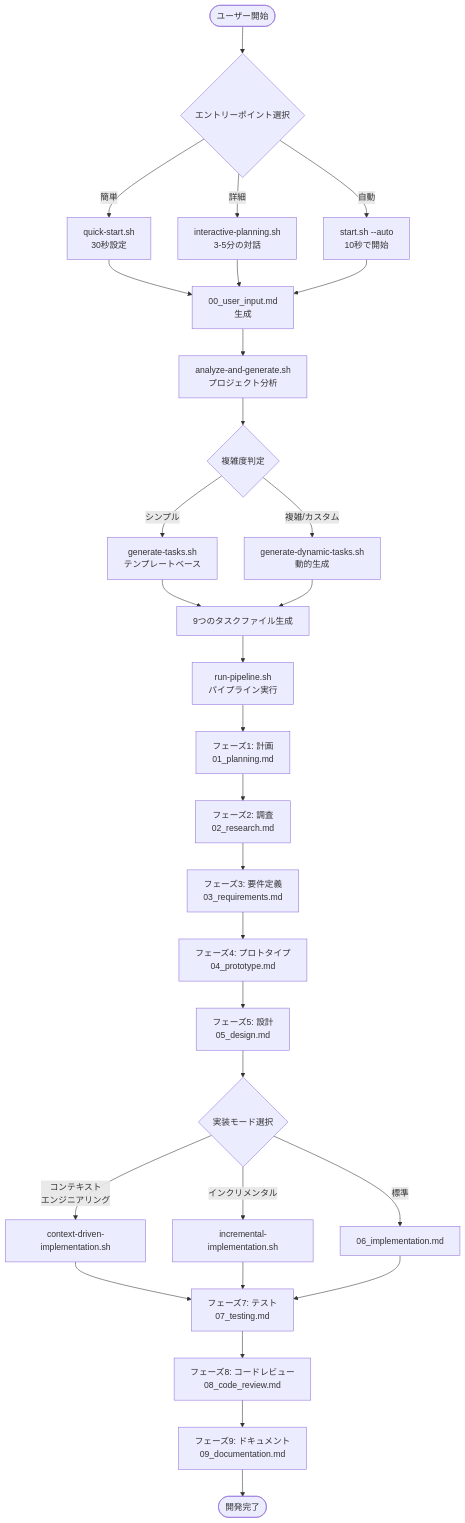
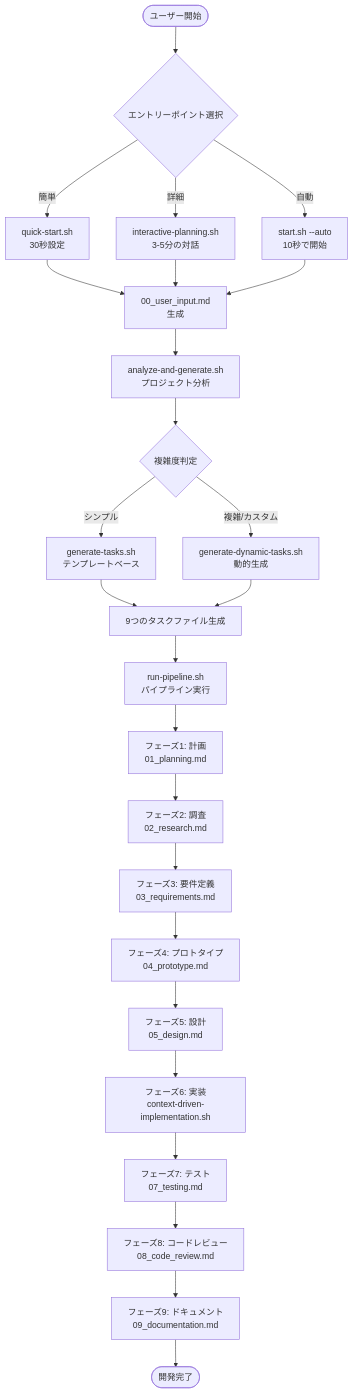
The diagram in docs/DEVELOPMENT-FLOW.md (wanta-s/ClaudeFlow), drawn with Mermaid before and after one commit. The commit also changed other lines of this file and 9 other files, not shown here.

First line of the commit message:
Simplify implementation phase to use only Context Engineering mode (v2.6.0)

````diff
--- a/docs/DEVELOPMENT-FLOW.md
+++ b/docs/DEVELOPMENT-FLOW.md
@@ -5,42 +5,35 @@
 ```mermaid
 graph TD
     Start([ユーザー開始]) --> Entry{エントリーポイント選択}
     
     Entry -->|簡単| QuickStart[quick-start.sh<br/>30秒設定]
     Entry -->|詳細| Interactive[interactive-planning.sh<br/>3-5分の対話]
     Entry -->|自動| Auto[start.sh --auto<br/>10秒で開始]
     
     QuickStart --> UserInput[00_user_input.md<br/>生成]
     Interactive --> UserInput
     Auto --> UserInput
     
     UserInput --> Analyze[analyze-and-generate.sh<br/>プロジェクト分析]
     
     Analyze --> ComplexityCheck{複雑度判定}
     ComplexityCheck -->|シンプル| Template[generate-tasks.sh<br/>テンプレートベース]
     ComplexityCheck -->|複雑/カスタム| Dynamic[generate-dynamic-tasks.sh<br/>動的生成]
     
     Template --> Tasks[9つのタスクファイル生成]
     Dynamic --> Tasks
     
     Tasks --> Pipeline[run-pipeline.sh<br/>パイプライン実行]
     
     Pipeline --> Phase1[フェーズ1: 計画<br/>01_planning.md]
     Phase1 --> Phase2[フェーズ2: 調査<br/>02_research.md]
     Phase2 --> Phase3[フェーズ3: 要件定義<br/>03_requirements.md]
     Phase3 --> Phase4[フェーズ4: プロトタイプ<br/>04_prototype.md]
     Phase4 --> Phase5[フェーズ5: 設計<br/>05_design.md]
-    Phase5 --> ImplChoice{実装モード選択}
-    
-    ImplChoice -->|コンテキスト<br/>エンジニアリング| ContextEng[context-driven-implementation.sh]
-    ImplChoice -->|インクリメンタル| Incremental[incremental-implementation.sh]
-    ImplChoice -->|標準| Standard[06_implementation.md]
-    
-    ContextEng --> Phase7[フェーズ7: テスト<br/>07_testing.md]
-    Incremental --> Phase7
-    Standard --> Phase7
+    Phase5 --> Phase6[フェーズ6: 実装<br/>context-driven-implementation.sh]
+    Phase6 --> Phase7[フェーズ7: テスト<br/>07_testing.md]
     
     Phase7 --> Phase8[フェーズ8: コードレビュー<br/>08_code_review.md]
     Phase8 --> Phase9[フェーズ9: ドキュメント<br/>09_documentation.md]
     Phase9 --> Complete([開発完了])
 ```
````
